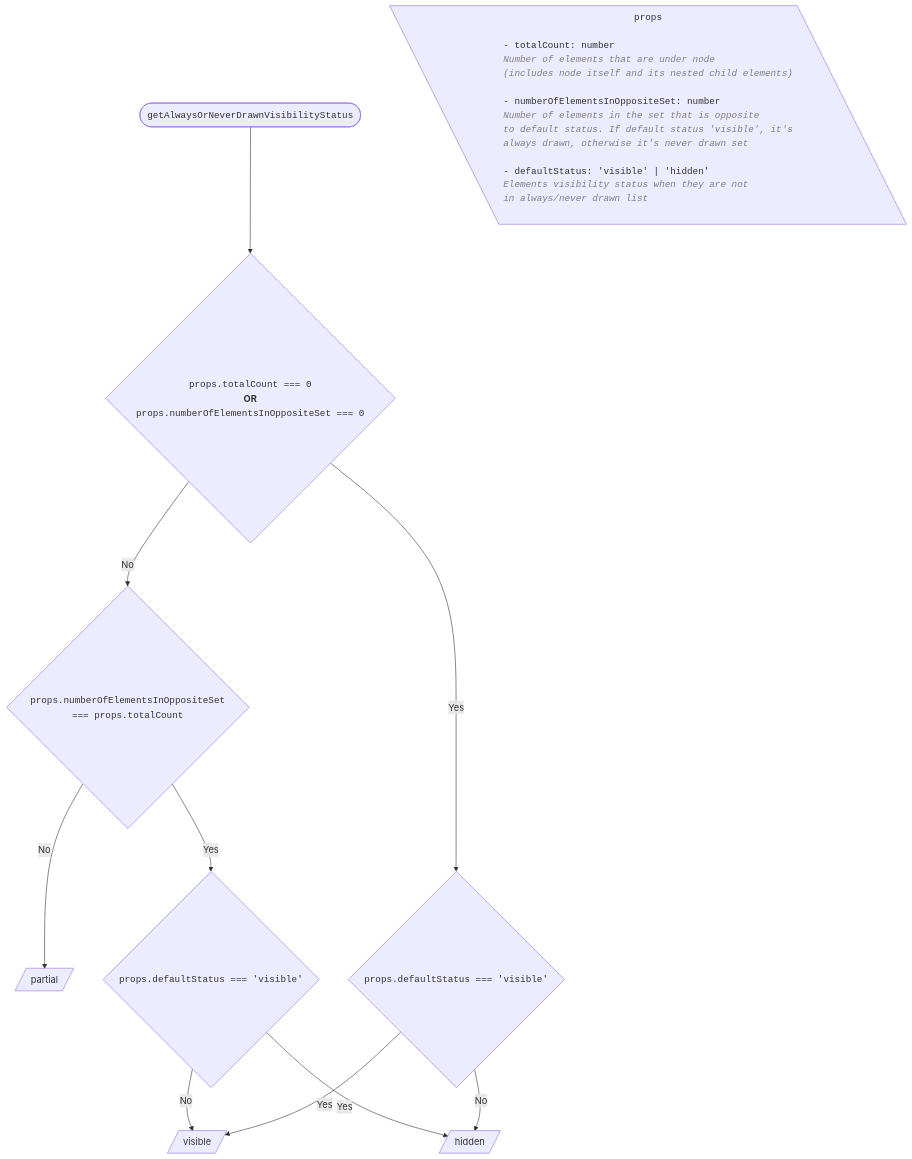
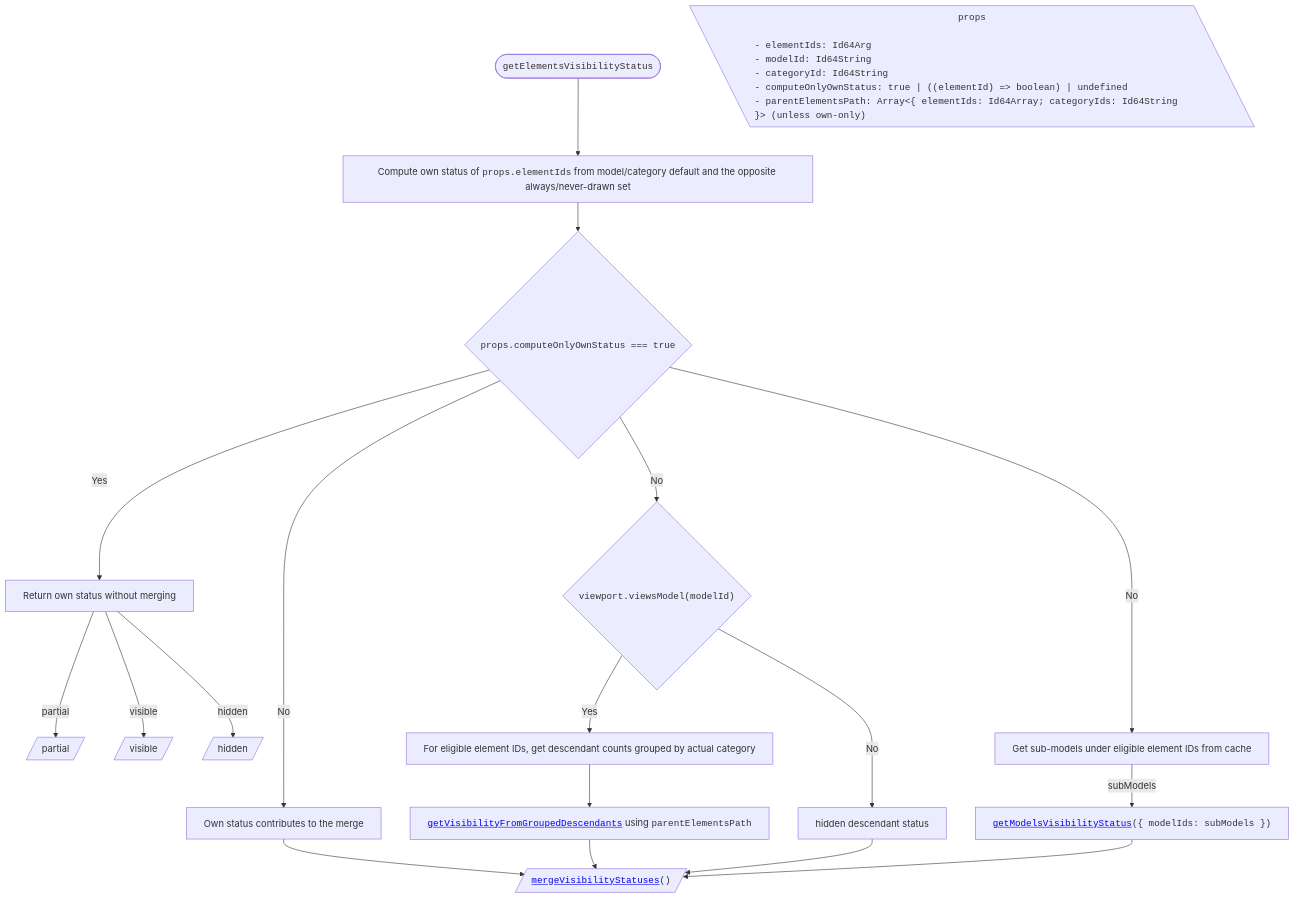
The sixth of 17 diagrams in packages/itwin/tree-widget/docs/SharedVisibilityHandling.md (iTwin/viewer-components-react), drawn with Mermaid before and after one commit. The commit also changed other lines of this file and 4 other files, not shown here.

First line of the commit message:
[Tree widget]: update mermaid diagrams on `next` (#1744)

````diff
--- a/packages/itwin/tree-widget/docs/SharedVisibilityHandling.md
+++ b/packages/itwin/tree-widget/docs/SharedVisibilityHandling.md
@@ -416,55 +245,39 @@
 ```mermaid
 ---
 config:
   flowchart:
     wrappingWidth: 750
     useMaxWidth: false
 ---
 
 flowchart TD
   RESULT_Partial[/partial/]
   RESULT_Visible[/visible/]
   RESULT_Hidden[/hidden/]
 
   %% Start
-  TITLE(["<span style='font-family: monospace;'>getAlwaysOrNeverDrawnVisibilityStatus</span>"]) --> A{"<span style='font-family: monospace;'>props.totalCount === 0</span><br/><strong>OR</strong><br/><span style='font-family: monospace;'>props.numberOfElementsInOppositeSet === 0</span>"}
+  TITLE(["<span style='font-family: monospace;'>getElementsVisibilityStatus</span>"]) --> A["Compute own status of <span style='font-family: monospace;'>props.elementIds</span> from model/category default and the opposite always/never-drawn set"]
+  A --> B{"<span style='font-family: monospace;'>props.computeOnlyOwnStatus === true</span>"}
 
   PROPS[\"
     <span style='font-family: monospace;'>props</span>
-    <span style='display: block; text-align: left; font-family: monospace;'>
-      - totalCount: number
-     <span style='color: #808080 !important; font-style: italic;'>Number of elements that are under node <br/> (includes node itself and its nested child elements)
-     </span>
-      - numberOfElementsInOppositeSet: number
-      <span style='color: #808080 !important; font-style: italic;'>Number of elements in the set that is opposite  <br/> to default status. If default status 'visible', it's  <br/> always drawn, otherwise it's never drawn set
-      </span>
-      - defaultStatus: 'visible' | 'hidden'
-      <span style='color: #808080 !important; font-style: italic; display: block;'>Elements visibility status when they are not <br/>in always/never drawn list
-      </span>
-    </span>
+    <span style='display: block; text-align: left; font-family: monospace;'>- elementIds: Id64Arg<br/>- modelId: Id64String<br/>- categoryId: Id64String<br/>- computeOnlyOwnStatus: true | ((elementId) => boolean) | undefined<br/>- parentElementsPath: Array&lt;{ elementIds: Id64Array; categoryIds: Id64String }&gt; (unless own-only)</span>
   "\]
 
-  %% Branch Yes
-  A -- Yes --> B1{"<span style='font-family: monospace;'>props.defaultStatus === 'visible'</span>"}
+  B -- Yes --> E["Return own status without merging"]
+  E -- partial --> RESULT_Partial
+  E -- visible --> RESULT_Visible
+  E -- hidden --> RESULT_Hidden
+  B -- No --> C0{"<span style='font-family: monospace;'>viewport.viewsModel(modelId)</span>"}
+  C0 -- No --> C2[hidden descendant status]
+  C0 -- Yes --> C["For eligible element IDs, get descendant counts grouped by actual category"]
+  C --> C1["<span style='font-family: monospace;'><a href='#grouped-descendant-visibility'>getVisibilityFromGroupedDescendants</a></span> using <span style='font-family: monospace;'>parentElementsPath</span>"]
+  B -- No --> D["Get sub-models under eligible element IDs from cache"]
+  D -- subModels --> D1["<span style='font-family: monospace;'><a href='#getmodelsvisibilitystatus'>getModelsVisibilityStatus</a>({ modelIds: subModels })</span>"]
 
-    %% Branch Yes
-    B1 -- Yes --> RESULT_Visible
-
-    %% Branch No
-    B1 -- No --> RESULT_Hidden
-
-  %% Branch No
-  A -- No --> B2{"<span style='font-family: monospace;'>props.numberOfElementsInOppositeSet<br /> === props.totalCount</span>"}
-
-    %% Branch No
-    B2 -- No --> RESULT_Partial
-
-    %% Branch Yes
-    B2 -- Yes --> C{"<span style='font-family: monospace;'>props.defaultStatus === 'visible'</span>"}
-
-      %% Branch Yes
-      C -- Yes --> RESULT_Hidden
-
-      %% Branch No
-      C -- No --> RESULT_Visible
+  B -- No --> A2["Own status contributes to the merge"]
+  A2 --> M[/"<span style='font-family: monospace;'><a href='#mergevisibilitystatuses'>mergeVisibilityStatuses</a>()</span>"/]
+  C1 --> M
+  C2 --> M
+  D1 --> M
 ```
````
